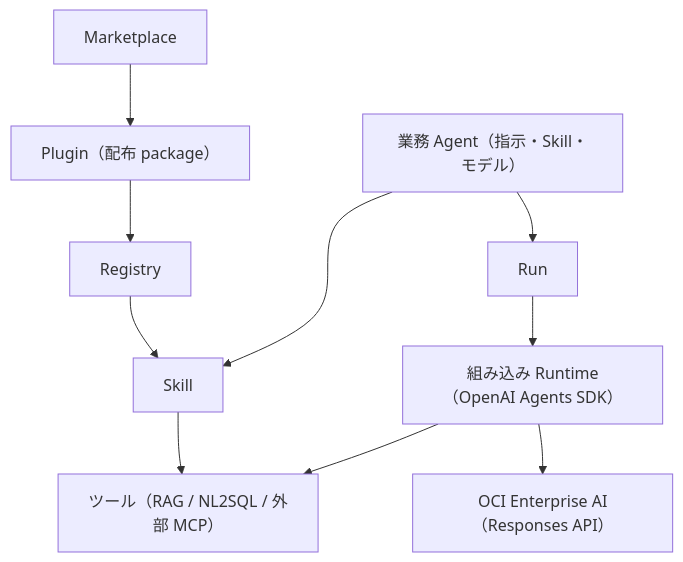
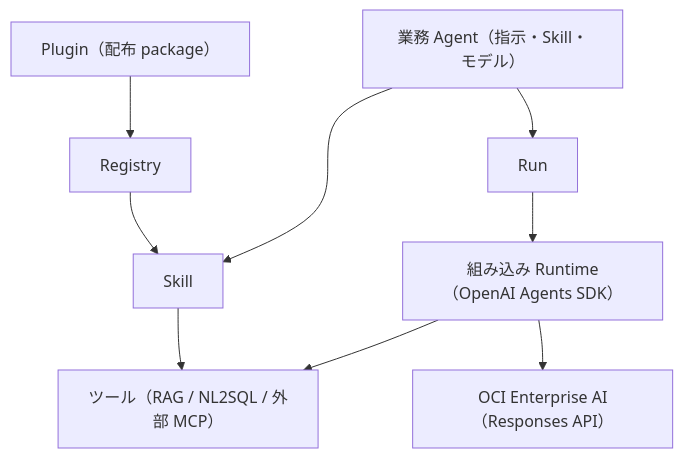
The diagram in agent/docs/agent-control-plane-design.md (engchina/no.1-production-ready-suite), drawn with Mermaid before and after one commit. The commit also changed other lines of this file and 55 other files, not shown here.

````diff
--- a/agent/docs/agent-control-plane-design.md
+++ b/agent/docs/agent-control-plane-design.md
@@ -12,12 +12,11 @@
 ```mermaid
 flowchart TD
-  M["Marketplace"] --> P["Plugin（配布 package）"]
-  P --> R["Registry"]
+  P["Plugin（配布 package）"] --> R["Registry"]
   R --> S["Skill"]
   S --> T["ツール（RAG / NL2SQL / 外部 MCP）"]
   A["業務 Agent（指示・Skill・モデル）"] --> S
   A --> X["Run"]
   X --> B["組み込み Runtime（OpenAI Agents SDK）"]
   B --> O["OCI Enterprise AI（Responses API）"]
   B --> T
 ```
````
